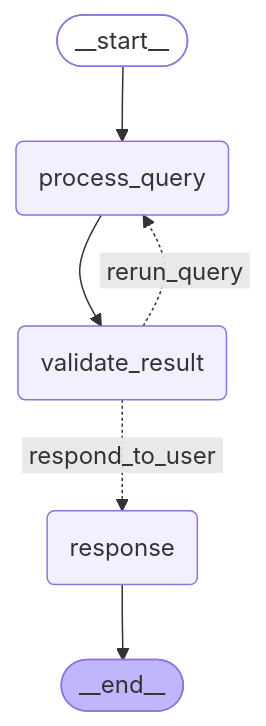
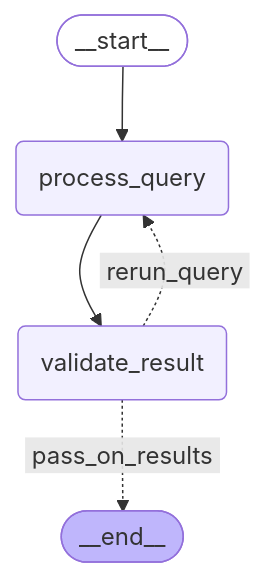
Before and after one commit to factly/gopie: the diagram in chat-server/app/workflow/graph/graph_mermaid/single_dataset_graph.mmd, drawn with Mermaid. The commit also changed 8 other files, not shown here.

```diff
--- a/chat-server/app/workflow/graph/graph_mermaid/single_dataset_graph.mmd
+++ b/chat-server/app/workflow/graph/graph_mermaid/single_dataset_graph.mmd
@@ -1,19 +1,17 @@
 ---
 config:
   flowchart:
     curve: basis
 ---
 graph TD;
 	__start__([<p>__start__</p>]):::first
 	process_query(process_query)
-	response(response)
 	validate_result(validate_result)
 	__end__([<p>__end__</p>]):::last
 	__start__ --> process_query;
 	process_query --> validate_result;
+	validate_result -. &nbsp;pass_on_results&nbsp; .-> __end__;
 	validate_result -. &nbsp;rerun_query&nbsp; .-> process_query;
-	validate_result -. &nbsp;respond_to_user&nbsp; .-> response;
-	response --> __end__;
 	classDef default fill:#f2f0ff,line-height:1.2
 	classDef first fill-opacity:0
 	classDef last fill:#bfb6fc
```
